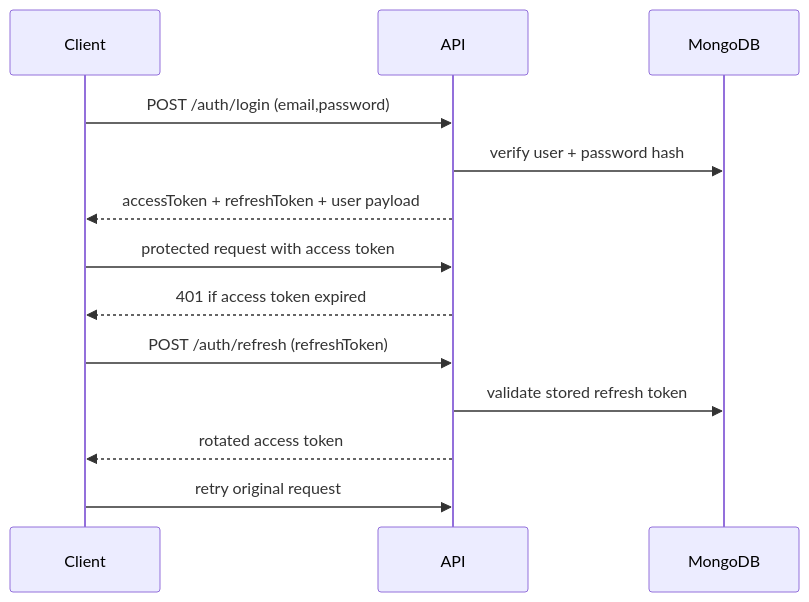
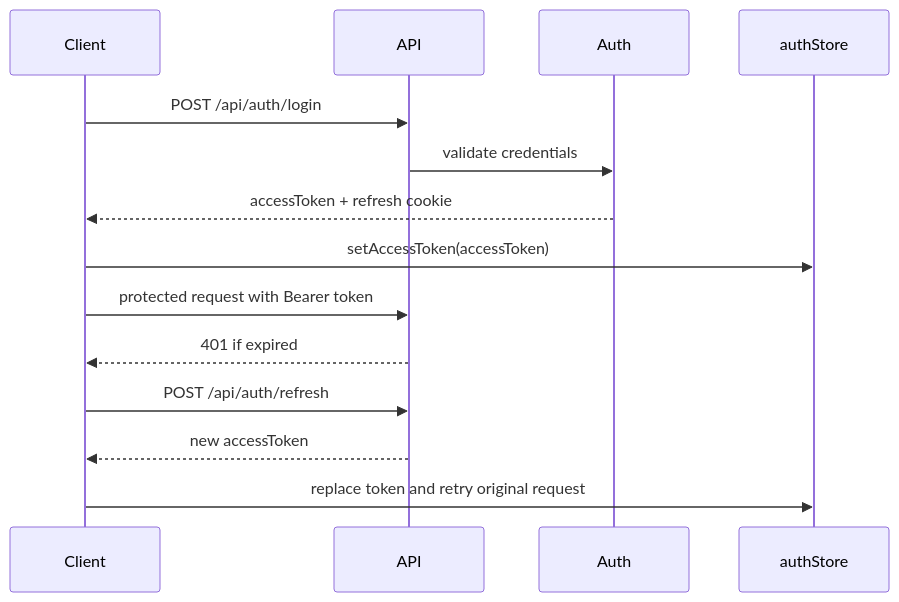
One commit to SubhashKumar14/DevFolio-App changed the third of 5 diagrams in documentation/API_REFERENCE.md. Above: the diagram before and after it, drawn with Mermaid. The commit also changed other lines of this file and 22 other files, not shown here.

Commit message:
docs: add theoretical foundations to diagram-first documentation

````diff
--- a/documentation/API_REFERENCE.md
+++ b/documentation/API_REFERENCE.md
@@ -28,16 +49,17 @@
 ```mermaid
 sequenceDiagram
-  participant C as Client
-  participant A as API
-  participant DB as MongoDB
+  participant Client
+  participant API
+  participant Auth
+  participant Store as authStore
 
-  C->>A: POST /auth/login (email,password)
-  A->>DB: verify user + password hash
-  A-->>C: accessToken + refreshToken + user payload
-  C->>A: protected request with access token
-  A-->>C: 401 if access token expired
-  C->>A: POST /auth/refresh (refreshToken)
-  A->>DB: validate stored refresh token
-  A-->>C: rotated access token
-  C->>A: retry original request
+  Client->>API: POST /api/auth/login
+  API->>Auth: validate credentials
+  Auth-->>Client: accessToken + refresh cookie
+  Client->>Store: setAccessToken(accessToken)
+  Client->>API: protected request with Bearer token
+  API-->>Client: 401 if expired
+  Client->>API: POST /api/auth/refresh
+  API-->>Client: new accessToken
+  Client->>Store: replace token and retry original request
 ```
````
